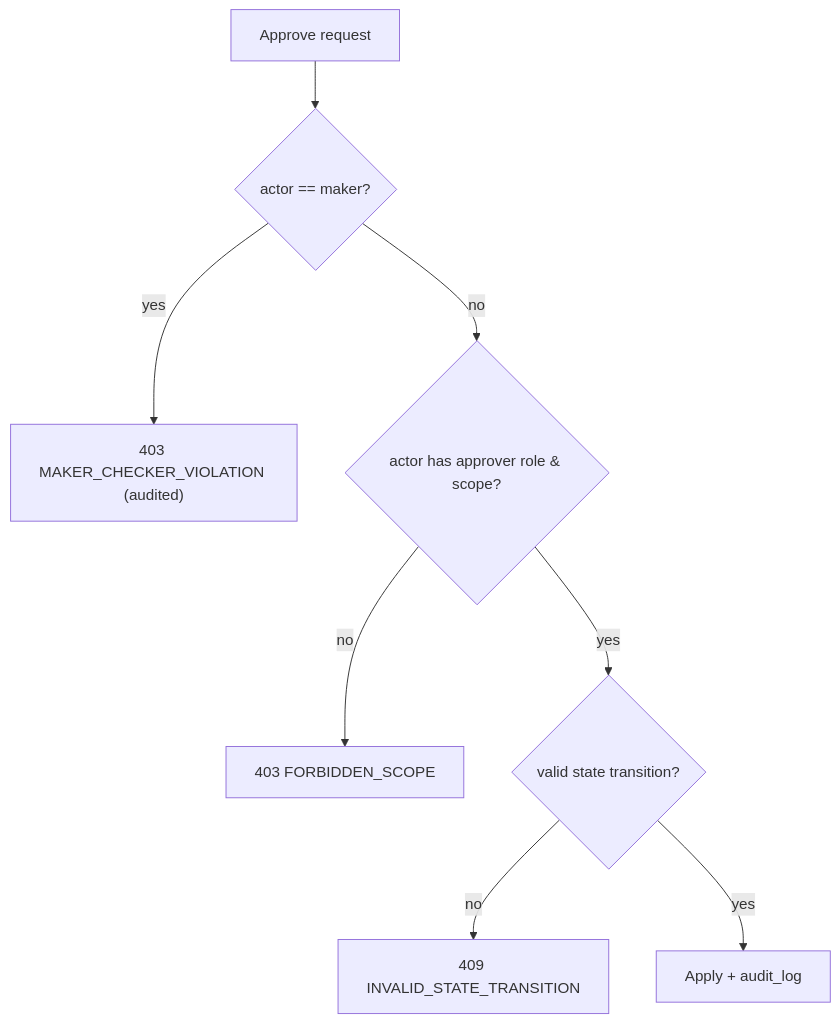
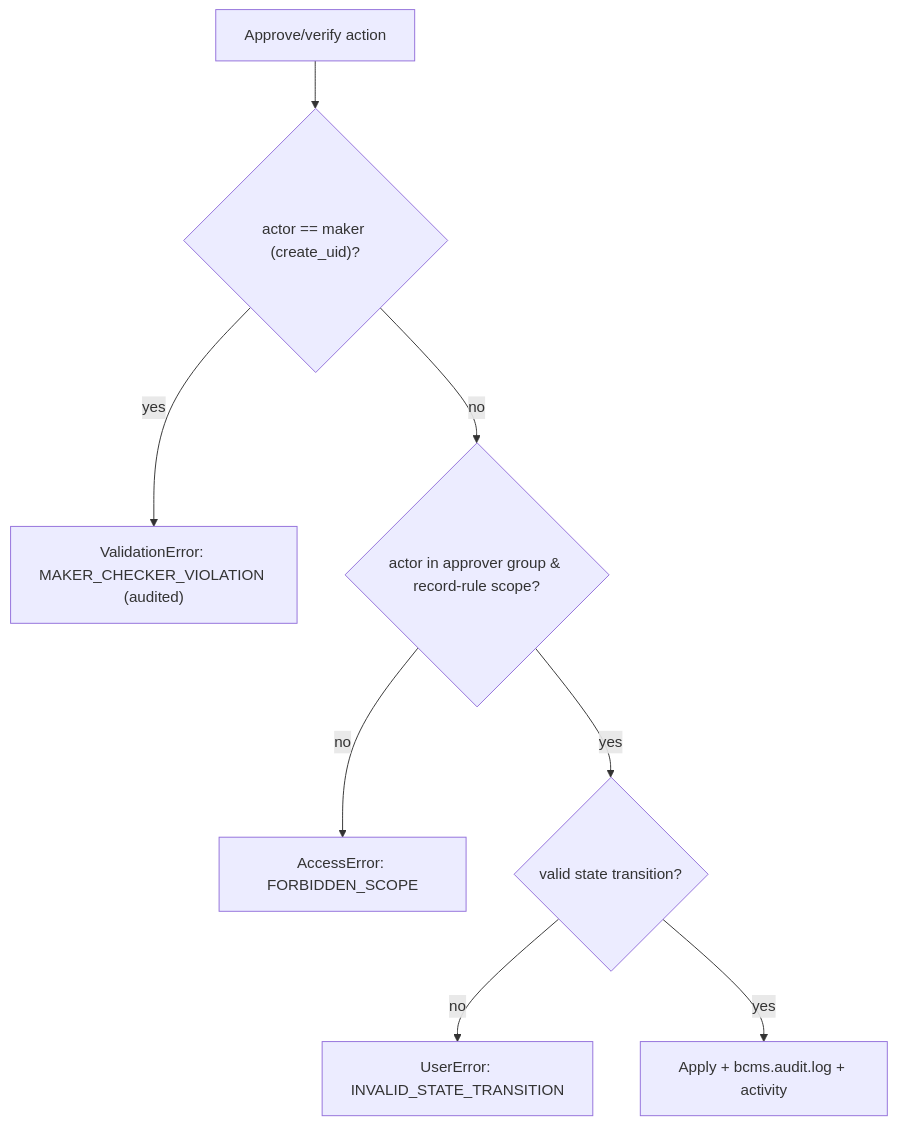
One commit to arunideen/branch-cash-management-system-odoo changed the second of 2 diagrams in docs/SecurityArchitecture.md. Above: the diagram before and after it, drawn with Mermaid. The commit also changed other lines of this file and 53 other files, not shown here.

````diff
--- a/docs/SecurityArchitecture.md
+++ b/docs/SecurityArchitecture.md
@@ -72,10 +95,10 @@
 ```mermaid
 flowchart TD
-    Req["Approve request"] --> Chk{"actor == maker?"}
-    Chk -- yes --> Deny["403 MAKER_CHECKER_VIOLATION (audited)"]
-    Chk -- no --> Role{"actor has approver role & scope?"}
-    Role -- no --> Deny2["403 FORBIDDEN_SCOPE"]
+    Req["Approve/verify action"] --> Chk{"actor == maker (create_uid)?"}
+    Chk -- yes --> Deny["ValidationError: MAKER_CHECKER_VIOLATION (audited)"]
+    Chk -- no --> Role{"actor in approver group & record-rule scope?"}
+    Role -- no --> Deny2["AccessError: FORBIDDEN_SCOPE"]
     Role -- yes --> State{"valid state transition?"}
-    State -- no --> Deny3["409 INVALID_STATE_TRANSITION"]
-    State -- yes --> Ok["Apply + audit_log"]
+    State -- no --> Deny3["UserError: INVALID_STATE_TRANSITION"]
+    State -- yes --> Ok["Apply + bcms.audit.log + activity"]
 ```
````
